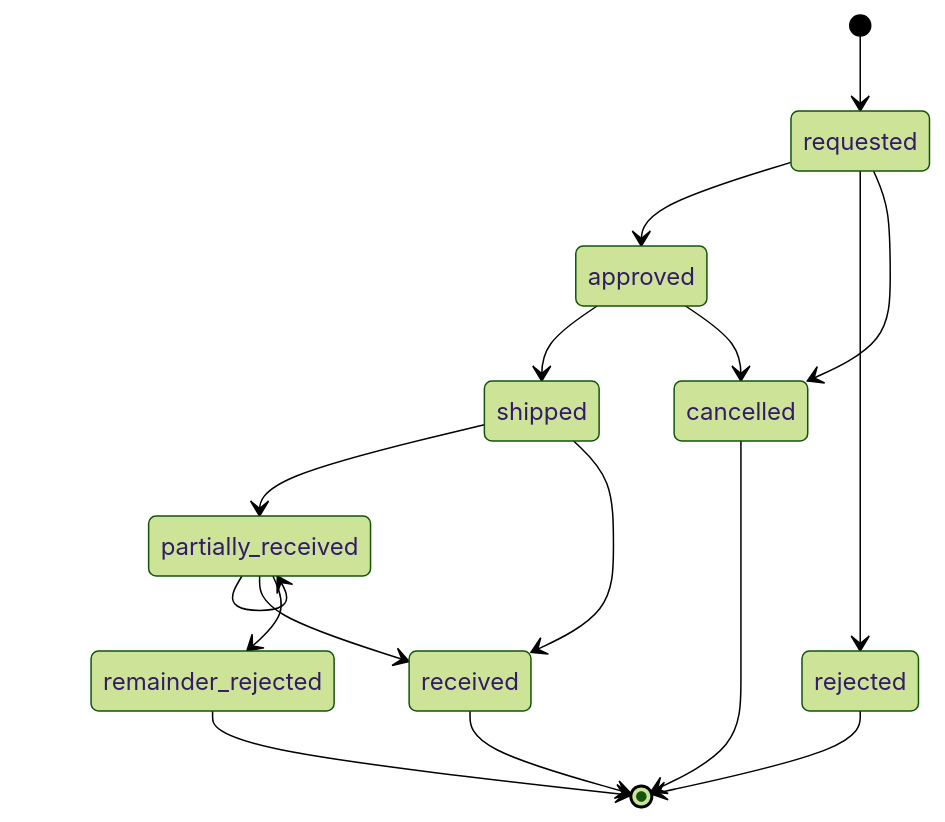
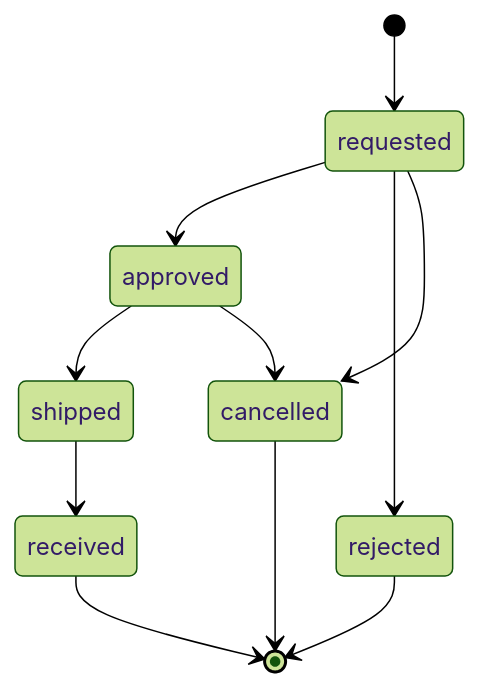
Before and after one commit to ASONEHQ/as-platform: the third of 3 diagrams in docs/INVENTORY_ENGINE.md, drawn with Mermaid (forest theme). The commit also changed other lines of this file and 3 other files, not shown here.

````diff
--- a/docs/INVENTORY_ENGINE.md
+++ b/docs/INVENTORY_ENGINE.md
@@ -405,18 +406,13 @@
 ```mermaid
 stateDiagram-v2
     [*] --> requested
     requested --> approved
     requested --> rejected
     requested --> cancelled
     approved --> shipped
     approved --> cancelled
-    shipped --> partially_received
     shipped --> received
-    partially_received --> partially_received
-    partially_received --> received
-    partially_received --> remainder_rejected
     received --> [*]
     rejected --> [*]
     cancelled --> [*]
-    remainder_rejected --> [*]
 ```
````
